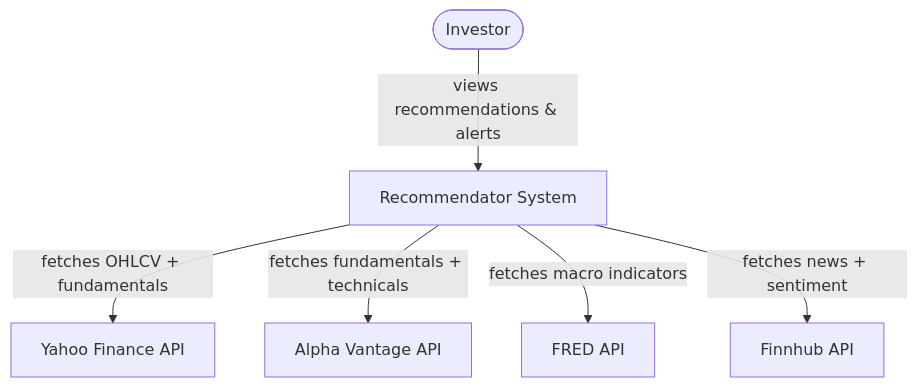
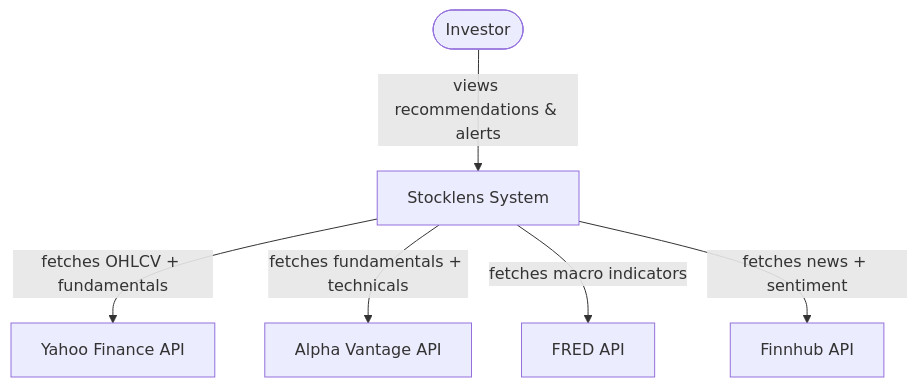
One commit to MikkoIisakki/stocklens changed the first of 3 diagrams in .github/skills/architecture-patterns.md. Above: the diagram before and after it, drawn with Mermaid. The commit also changed other lines of this file and 38 other files, not shown here.

First line of the commit message:
chore: rename project from recommendator to stocklens

````diff
--- a/.github/skills/architecture-patterns.md
+++ b/.github/skills/architecture-patterns.md
@@ -15,15 +15,15 @@
 ```mermaid
 graph TD
     User([Investor])
-    System[Recommendator System]
+    System[Stocklens System]
     YF[Yahoo Finance API]
     AV[Alpha Vantage API]
     FRED[FRED API]
     FH[Finnhub API]
 
     User -->|views recommendations & alerts| System
     System -->|fetches OHLCV + fundamentals| YF
     System -->|fetches fundamentals + technicals| AV
     System -->|fetches macro indicators| FRED
     System -->|fetches news + sentiment| FH
 ```
````
